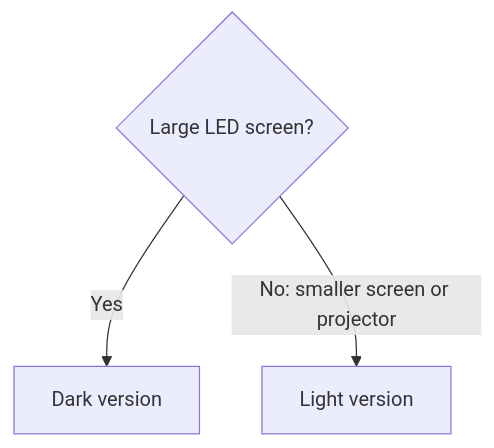
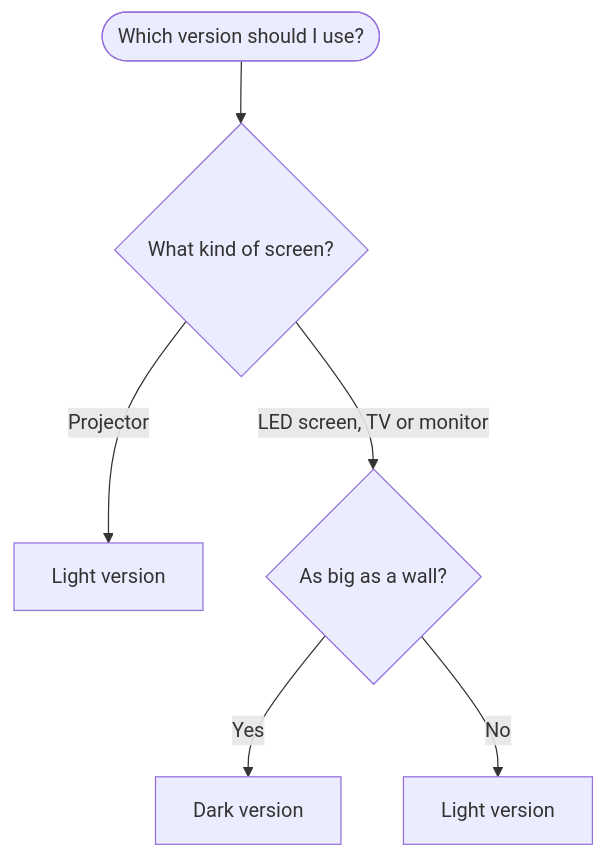
Before and after one commit to rodbv/pybr2026-slides: the diagram in README.en.md, drawn with Mermaid. The commit also changed other lines of this file and 5 other files, not shown here.

````diff
--- a/README.en.md
+++ b/README.en.md
@@ -47,5 +47,8 @@
 ```mermaid
 flowchart TD
-  screen{"Large LED screen?"} -->|"Yes"| dark["Dark version"]
-  screen -->|"No: smaller screen or projector"| light["Light version"]
+  start(["Which version should I use?"]) --> kind{"What kind of screen?"}
+  kind -->|"Projector"| light1["Light version"]
+  kind -->|"LED screen, TV or monitor"| size{"As big as a wall?"}
+  size -->|"Yes"| dark["Dark version"]
+  size -->|"No"| light2["Light version"]
 ```
````
